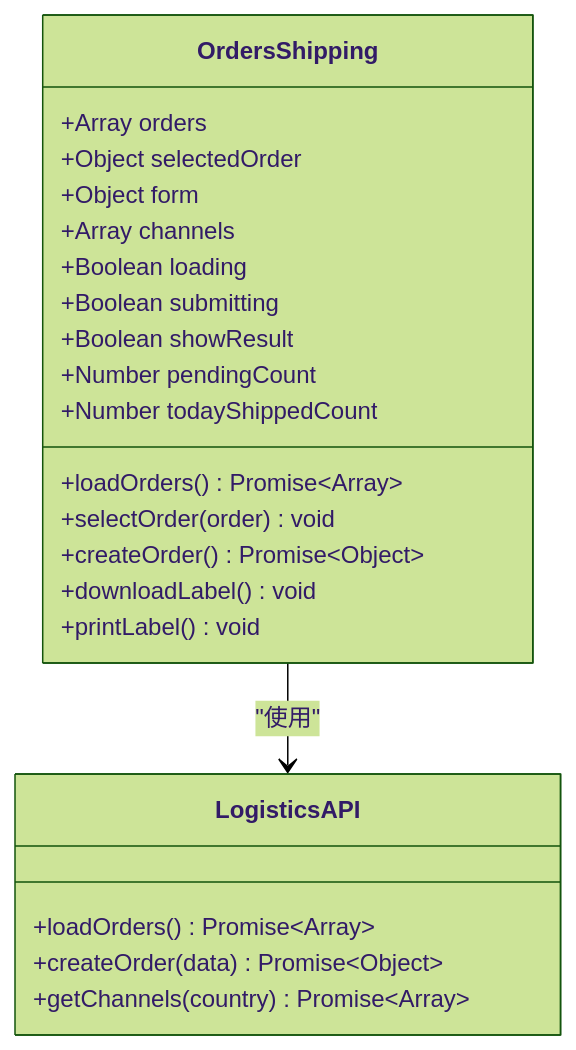
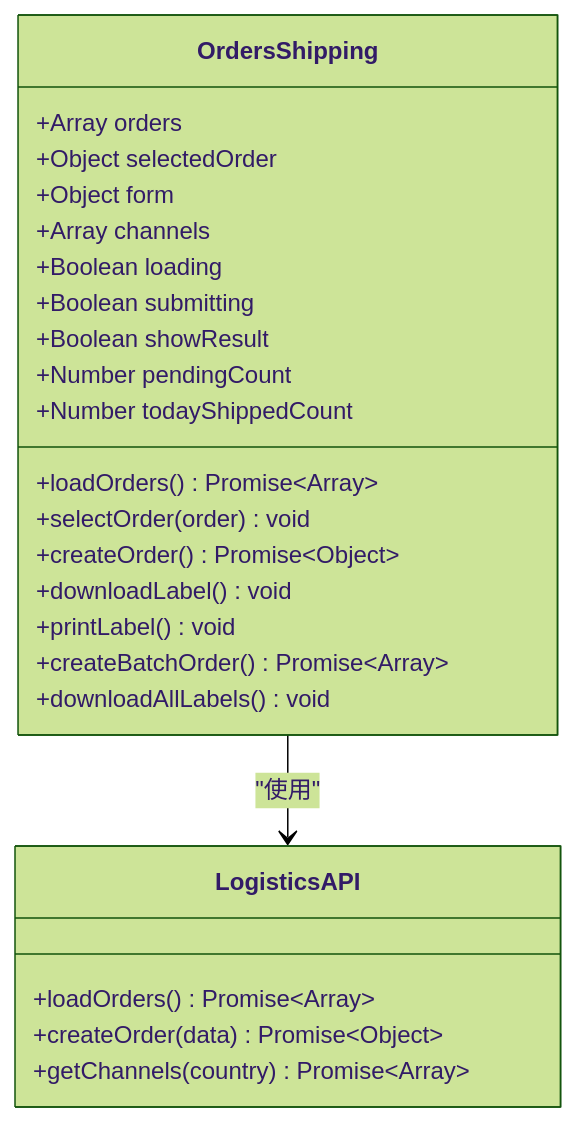
Before and after one commit to SY6621/POD-Order-Management: the ninth of 27 diagrams in .qoder/repowiki/zh/content/开发指南/Vue组件架构.md, drawn with Mermaid (forest theme). The commit also changed other lines of this file and 6 other files, not shown here.

````diff
--- a/.qoder/repowiki/zh/content/开发指南/Vue组件架构.md
+++ b/.qoder/repowiki/zh/content/开发指南/Vue组件架构.md
@@ -258,25 +359,27 @@
 ```mermaid
 classDiagram
 class OrdersShipping {
 +Array orders
 +Object selectedOrder
 +Object form
 +Array channels
 +Boolean loading
 +Boolean submitting
 +Boolean showResult
 +Number pendingCount
 +Number todayShippedCount
 +loadOrders() Promise~Array~
 +selectOrder(order) void
 +createOrder() Promise~Object~
 +downloadLabel() void
 +printLabel() void
++createBatchOrder() Promise~Array~
++downloadAllLabels() void
 }
 class LogisticsAPI {
 +loadOrders() Promise~Array~
 +createOrder(data) Promise~Object~
 +getChannels(country) Promise~Array~
 }
 OrdersShipping --> LogisticsAPI : "使用"
 ```
````
